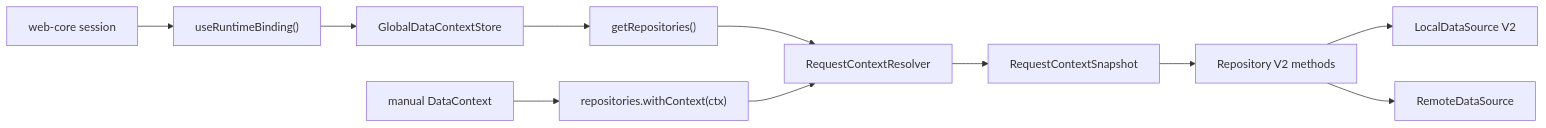
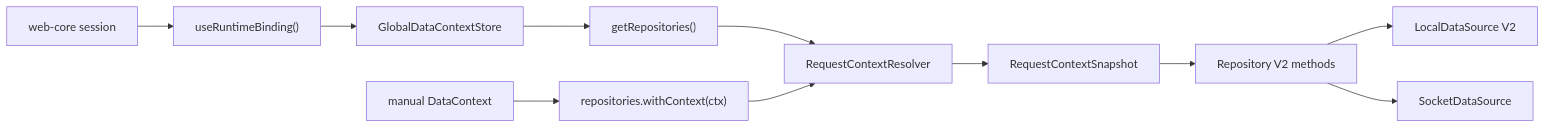
One commit to lemoncloud-io/dou-app changed the diagram in docs/specs/cache/data-context-module-improvement.md. Above: the diagram before and after it, drawn with Mermaid. The commit also changed 972 other files, not shown here.

````diff
--- a/docs/specs/cache/data-context-module-improvement.md
+++ b/docs/specs/cache/data-context-module-improvement.md
@@ -76,16 +76,16 @@
 ```mermaid
 flowchart LR
   Session["web-core session"] --> Binding["useRuntimeBinding()"]
   Binding --> GlobalStore["GlobalDataContextStore"]
 
   GlobalStore --> DefaultRepos["getRepositories()"]
   ManualCtx["manual DataContext"] --> ScopedRepos["repositories.withContext(ctx)"]
 
   DefaultRepos --> Resolver["RequestContextResolver"]
   ScopedRepos --> Resolver
 
   Resolver --> Snapshot["RequestContextSnapshot"]
   Snapshot --> Repo["Repository V2 methods"]
   Repo --> Local["LocalDataSource V2"]
-  Repo --> Remote["RemoteDataSource"]
+  Repo --> Remote["SocketDataSource"]
 ```
````
